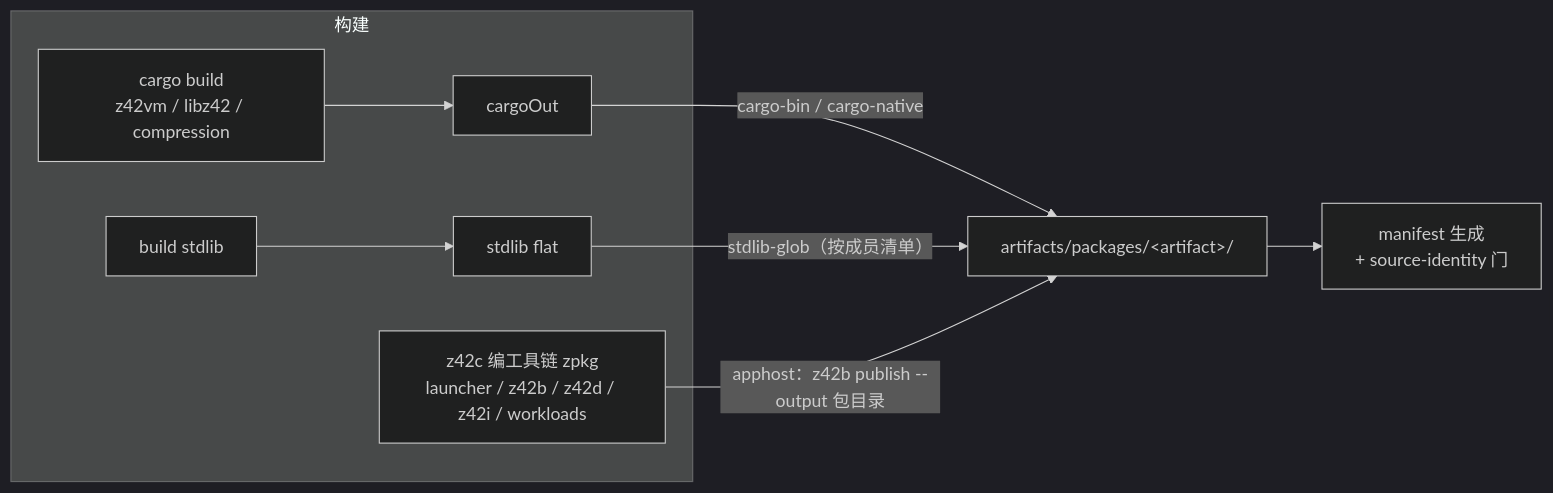
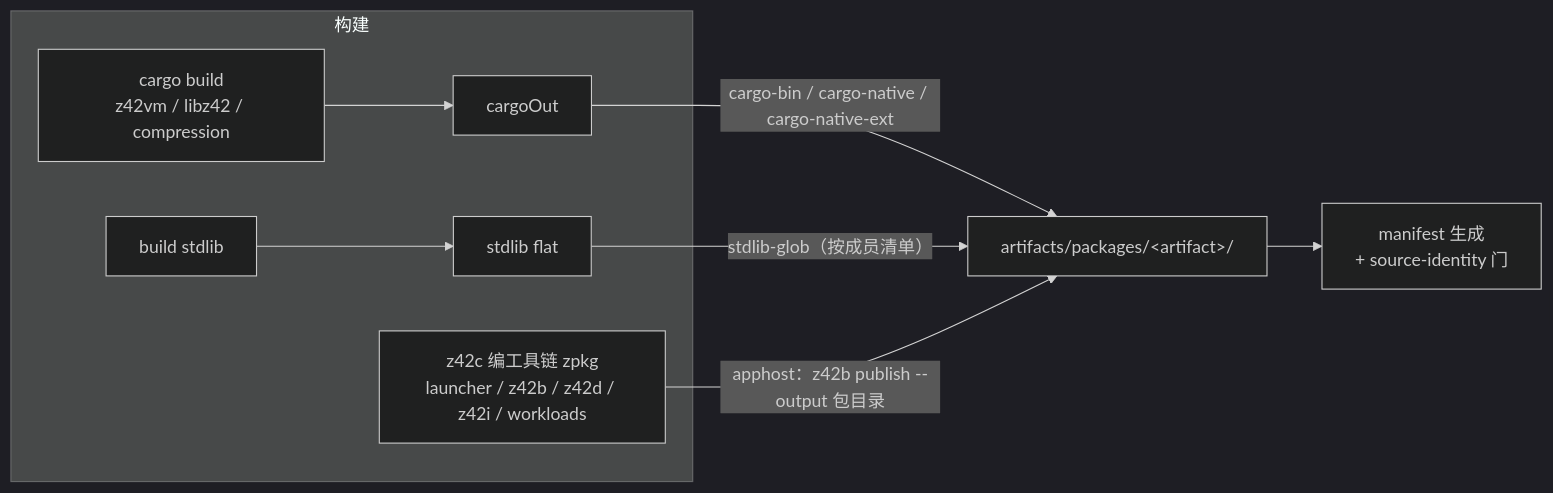
One commit to z42-lang/z42 changed the diagram in docs/internals/src/devinfra/packaging.md. Above: the diagram before and after it, drawn with Mermaid (dark theme). The commit also changed other lines of this file and 26 other files, not shown here.

````diff
--- a/docs/internals/src/devinfra/packaging.md
+++ b/docs/internals/src/devinfra/packaging.md
@@ -29,12 +30,12 @@
 ```mermaid
 graph LR
     subgraph 构建
         R[cargo build<br/>z42vm / libz42 / compression] --> CO[cargoOut]
         T[z42c 编工具链 zpkg<br/>launcher / z42b / z42d / z42i / workloads]
         L[build stdlib] --> F[stdlib flat]
     end
-    CO -->|cargo-bin / cargo-native| P[artifacts/packages/&lt;artifact&gt;/]
+    CO -->|cargo-bin / cargo-native / cargo-native-ext| P[artifacts/packages/&lt;artifact&gt;/]
     F -->|stdlib-glob（按成员清单）| P
     T -->|apphost：z42b publish --output 包目录| P
     P --> M[manifest 生成<br/>+ source-identity 门]
 ```
````
